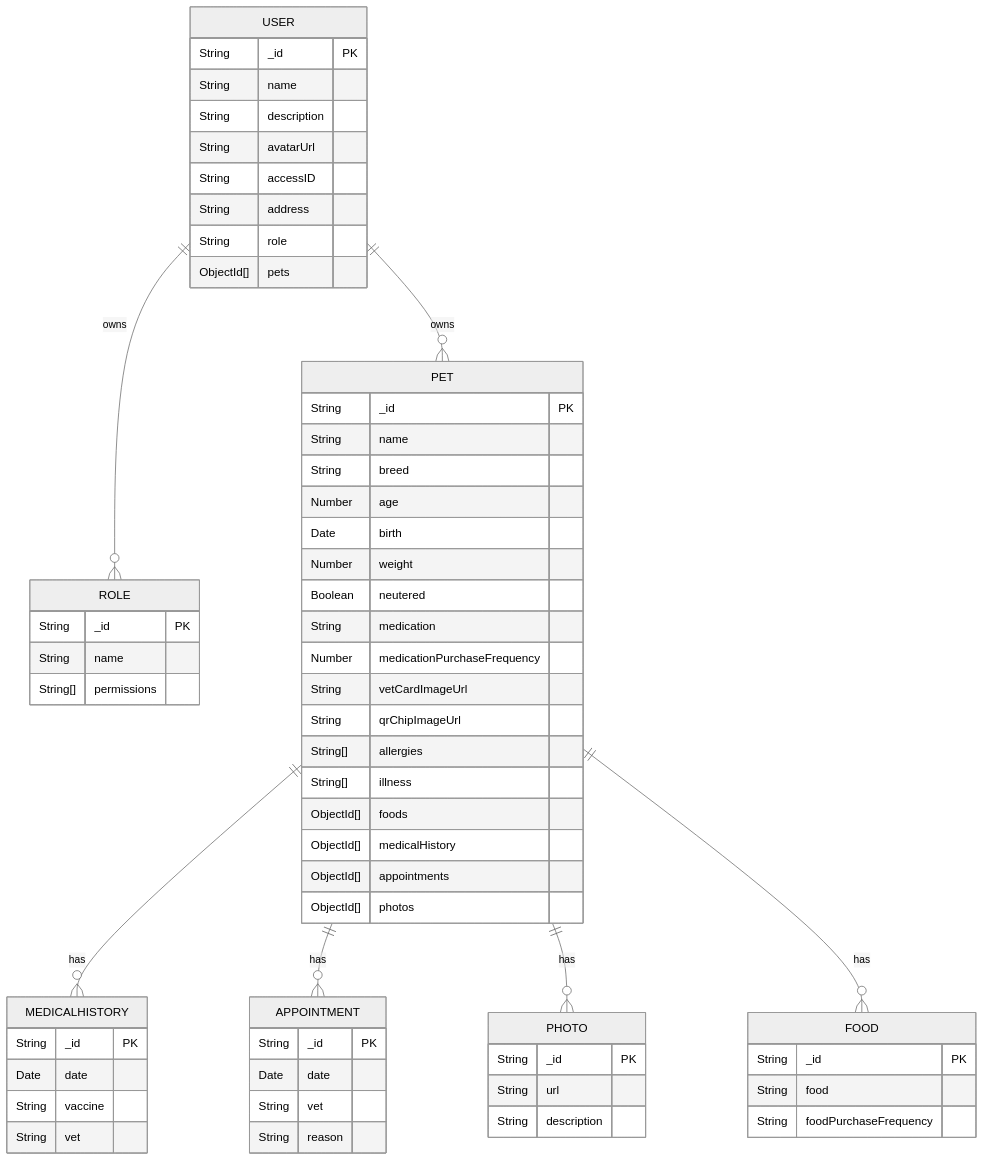
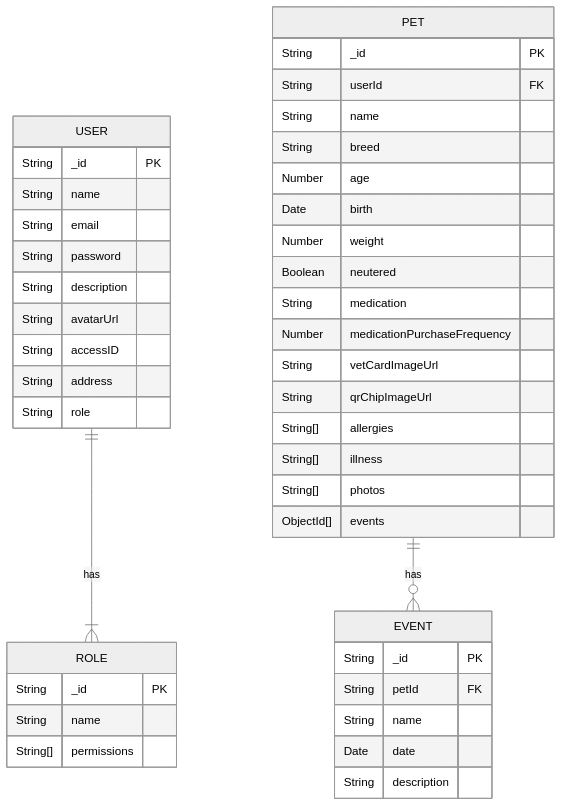
The diagram in doc/database-model.md (PetCare-Manager/petcaremanager-backend), drawn with Mermaid (neutral theme) before and after one commit.

Commit message:
PET connected to user with userId, other small changes for PR

````diff
--- a/doc/database-model.md
+++ b/doc/database-model.md
@@ -4,68 +4,48 @@
 ```mermaid
 erDiagram
     USER {
         String _id PK
         String name
+        String email
+        String password
         String description
         String avatarUrl
         String accessID
         String address
         String role
-        ObjectId[] pets
     }
     ROLE {
         String _id PK
         String name
         String[] permissions
     }
 
     PET {
         String _id PK
+        String userId FK
         String name
         String breed
         Number age
         Date birth
         Number weight
         Boolean neutered
         String medication
         Number medicationPurchaseFrequency
         String vetCardImageUrl
         String qrChipImageUrl
         String[] allergies
         String[] illness
-        ObjectId[] foods
-        ObjectId[] medicalHistory
-        ObjectId[] appointments
-        ObjectId[] photos
+        String[] photos
+        ObjectId[] events
     }
-    
-    MEDICALHISTORY {
+    EVENT {
         String _id PK
+        String petId FK
+        String name
         Date date
-        String vaccine
-        String vet
+        String description
     }
 
-    APPOINTMENT {
-        String _id PK
-        Date date
-        String vet
-        String reason
-    }
-    PHOTO {
-        String _id PK
-        String url
-        String description
-    }
-    FOOD {
-        String _id PK
-        String food
-        String foodPurchaseFrequency
-    }
-    USER ||--o{ PET : owns
-    USER ||--o{ ROLE : owns
-    PET ||--o{ MEDICALHISTORY : has
-    PET ||--o{ APPOINTMENT : has
-    PET ||--o{ PHOTO : has
-    PET ||--o{ FOOD : has
+    USER ||--|{ ROLE : has
+    PET ||--o{ EVENT : has
 ```
````
